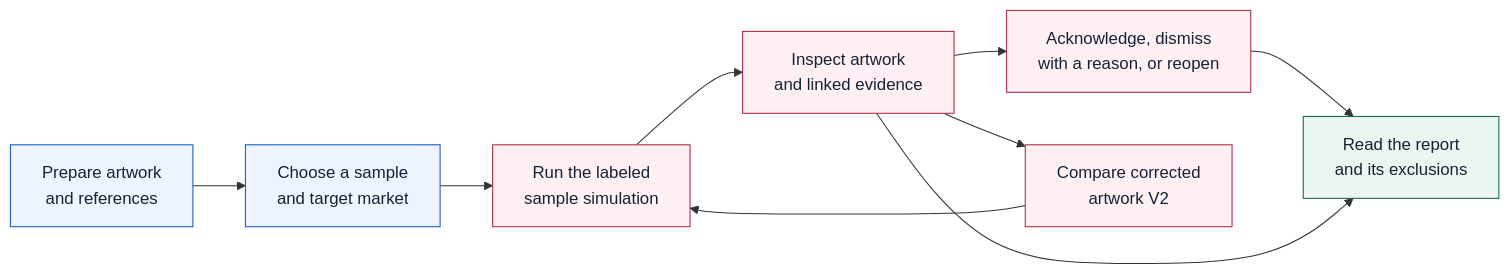
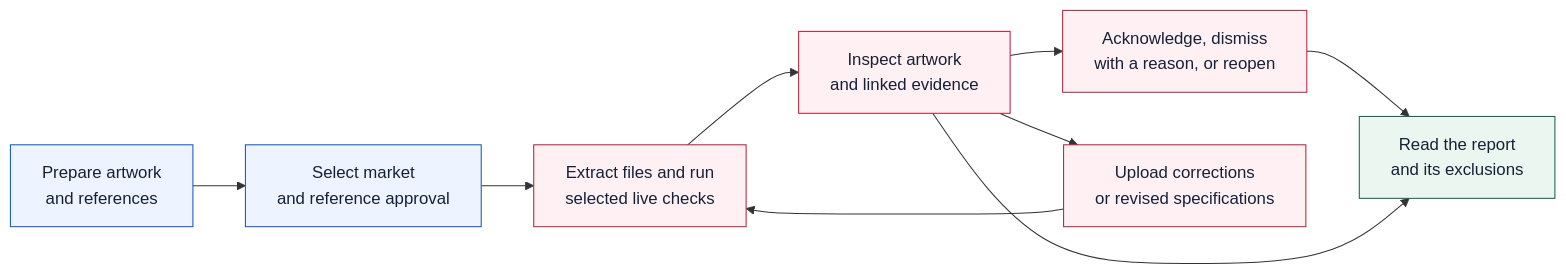
One commit to Spkap/Esko-hacks changed the first of 2 diagrams in README.md. Above: the diagram before and after it, drawn with Mermaid. The commit also changed other lines of this file and 3 other files, not shown here.

````diff
--- a/README.md
+++ b/README.md
@@ -107,18 +107,18 @@
 ```mermaid
 flowchart LR
-    A["Prepare artwork<br/>and references"] --> B["Choose a sample<br/>and target market"]
-    B --> C["Run the labeled<br/>sample simulation"]
+    A["Prepare artwork<br/>and references"] --> B["Select market<br/>and reference approval"]
+    B --> C["Extract files and run<br/>selected live checks"]
     C --> D["Inspect artwork<br/>and linked evidence"]
     D --> E["Acknowledge, dismiss<br/>with a reason, or reopen"]
-    D --> F["Compare corrected<br/>artwork V2"]
+    D --> F["Upload corrections<br/>or revised specifications"]
     F --> C
     E --> G["Read the report<br/>and its exclusions"]
     D --> G
 
     classDef input fill:#eef4ff,stroke:#1159c2,color:#162138
     classDef review fill:#fff0f3,stroke:#b32642,color:#162138
     classDef output fill:#eaf6ef,stroke:#16644e,color:#162138
     class A,B input
     class C,D,E,F review
     class G output
 ```
````
